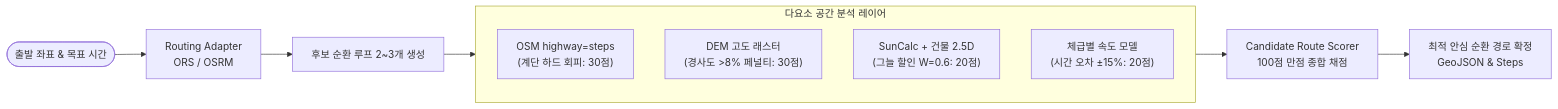
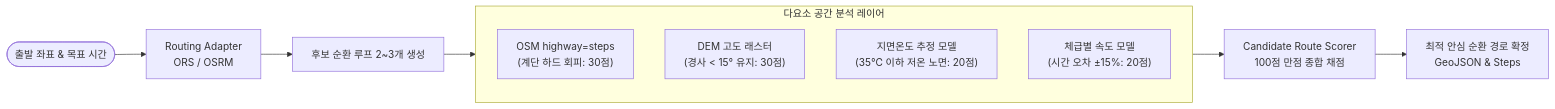
The third of 5 diagrams in docs/04_ai_problem_definition.md (haru2014/pet_walk_t01), drawn with Mermaid before and after one commit. The commit also changed other lines of this file and 22 other files, not shown here.

````diff
--- a/docs/04_ai_problem_definition.md
+++ b/docs/04_ai_problem_definition.md
@@ -98,16 +98,16 @@
 ```mermaid
 flowchart LR
     Start([출발 좌표 & 목표 시간]) --> Adapter[Routing Adapter<br/>ORS / OSRM]
     Adapter --> Cand[후보 순환 루프 2~3개 생성]
 
     subgraph MultiFactor["다요소 공간 분석 레이어"]
         F1["OSM highway=steps<br/>(계단 하드 회피: 30점)"]
-        F2["DEM 고도 래스터<br/>(경사도 >8% 페널티: 30점)"]
-        F3["SunCalc + 건물 2.5D<br/>(그늘 할인 W=0.6: 20점)"]
+        F2["DEM 고도 래스터<br/>(경사 < 15° 유지: 30점)"]
+        F3["지면온도 추정 모델<br/>(35℃ 이하 저온 노면: 20점)"]
         F4["체급별 속도 모델<br/>(시간 오차 ±15%: 20점)"]
     end
 
     Cand --> MultiFactor
     MultiFactor --> Scorer[Candidate Route Scorer<br/>100점 만점 종합 채점]
     Scorer --> Best[최적 안심 순환 경로 확정<br/>GeoJSON & Steps]
 ```
````
